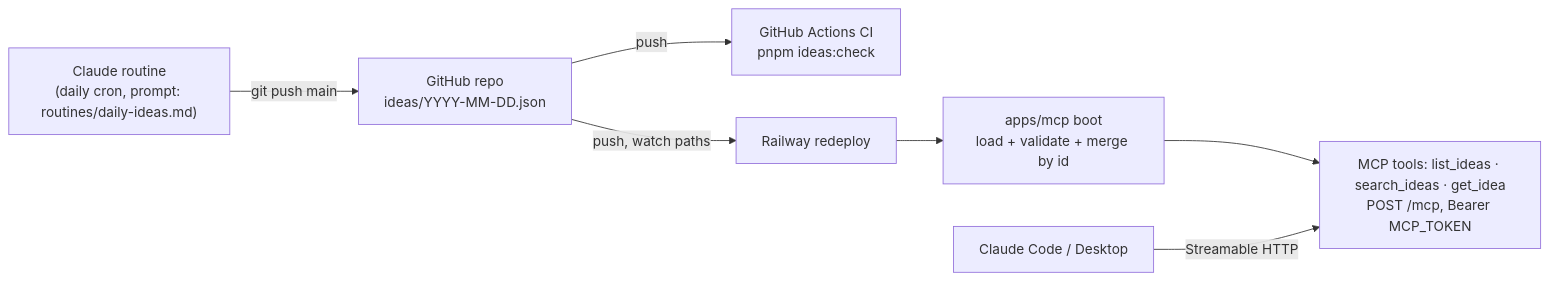
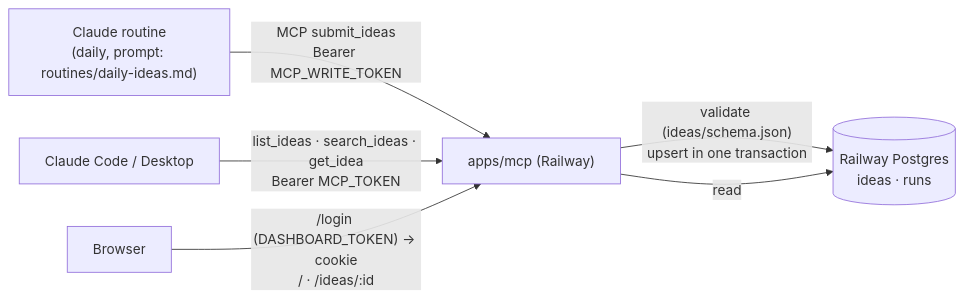
Before and after one commit to thunderkds/idea-radar: the diagram in PROJECT_SPEC.md, drawn with Mermaid. The commit also changed other lines of this file and 7 other files, not shown here.

First line of the commit message:
v2.1 plan: routine → MCP submit_ideas → Railway Postgres → MCP read + dashboard; T033–T036 guides; T032 superseded

````diff
--- a/PROJECT_SPEC.md
+++ b/PROJECT_SPEC.md
@@ -39,9 +39,8 @@
 ```mermaid
 flowchart LR
-  R["Claude routine<br/>(daily cron, prompt: routines/daily-ideas.md)"] -->|git push main| G["GitHub repo<br/>ideas/YYYY-MM-DD.json"]
-  G -->|push| CI["GitHub Actions CI<br/>pnpm ideas:check"]
-  G -->|push, watch paths| RW["Railway redeploy"]
-  RW --> M["apps/mcp boot<br/>load + validate + merge by id"]
-  M --> T["MCP tools: list_ideas · search_ideas · get_idea<br/>POST /mcp, Bearer MCP_TOKEN"]
-  C["Claude Code / Desktop"] -->|Streamable HTTP| T
+  R["Claude routine<br/>(daily, prompt: routines/daily-ideas.md)"] -->|"MCP submit_ideas<br/>Bearer MCP_WRITE_TOKEN"| M["apps/mcp (Railway)"]
+  C["Claude Code / Desktop"] -->|"list_ideas · search_ideas · get_idea<br/>Bearer MCP_TOKEN"| M
+  B["Browser"] -->|"/login (DASHBOARD_TOKEN) → cookie<br/>/ · /ideas/:id"| M
+  M -->|"validate (ideas/schema.json)<br/>upsert in one transaction"| P[("Railway Postgres<br/>ideas · runs")]
+  M -->|read| P
 ```
````
